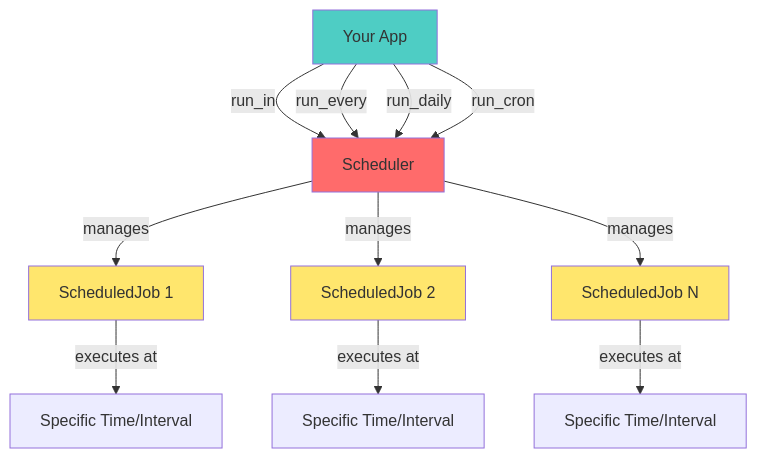
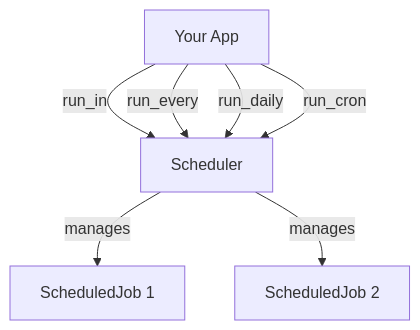
Before and after one commit to NodeJSmith/hassette: the diagram in docs/pages/core-concepts/scheduler/index.md, drawn with Mermaid. The commit also changed other lines of this file and 270 other files, not shown here.

````diff
--- a/docs/pages/core-concepts/scheduler/index.md
+++ b/docs/pages/core-concepts/scheduler/index.md
@@ -10,21 +7,10 @@
 ```mermaid
 graph TB
     APP[Your App] --> |run_in| SCHED[Scheduler]
     APP --> |run_every| SCHED
     APP --> |run_daily| SCHED
     APP --> |run_cron| SCHED
 
     SCHED --> |manages| JOB1[ScheduledJob 1]
     SCHED --> |manages| JOB2[ScheduledJob 2]
-    SCHED --> |manages| JOB3[ScheduledJob N]
-
-    JOB1 --> |executes at| TIME1[Specific Time/Interval]
-    JOB2 --> |executes at| TIME2[Specific Time/Interval]
-    JOB3 --> |executes at| TIME3[Specific Time/Interval]
-
-    style APP fill:#4ecdc4
-    style SCHED fill:#ff6b6b
-    style JOB1 fill:#ffe66d
-    style JOB2 fill:#ffe66d
-    style JOB3 fill:#ffe66d
 ```
````
